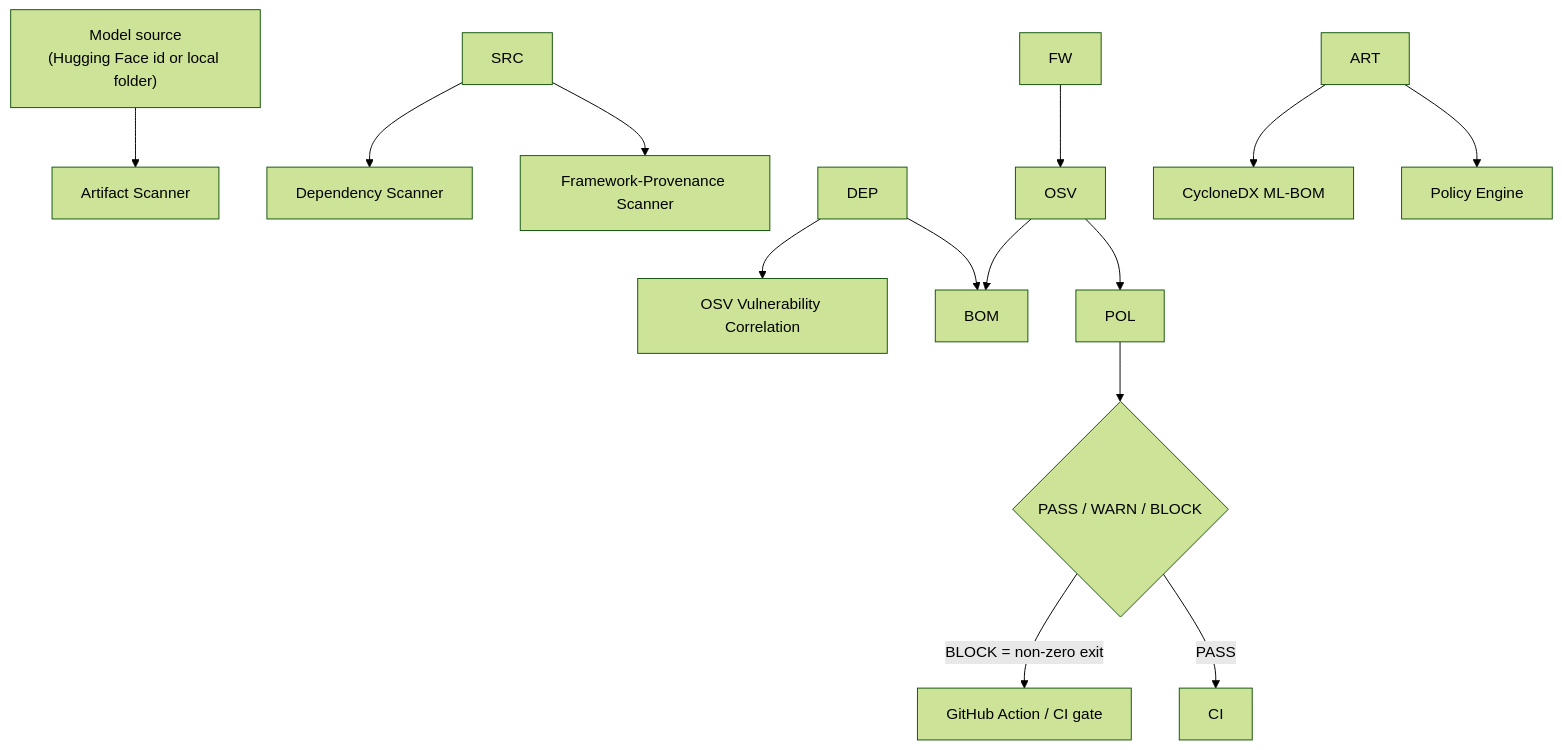
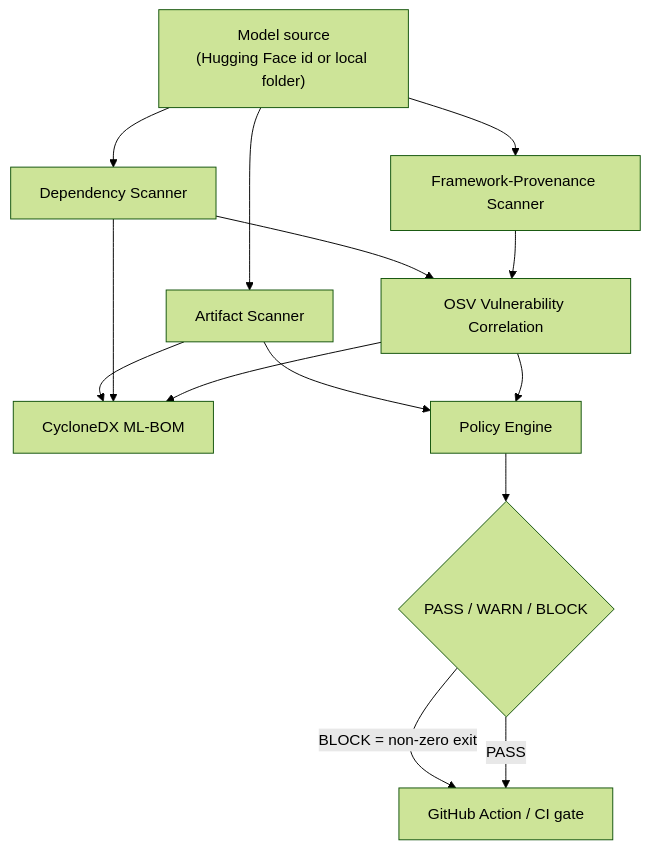
One commit to Arjun7114/ai-model-ingestion-gate changed the second of 3 diagrams in README.md. Above: the diagram before and after it, drawn with Mermaid (forest theme). The commit also changed other lines of this file, not shown here.

Commit message:
Fix README formatting; add framework provenance, cloud scanner, and all screenshots

````diff
--- a/README.md
+++ b/README.md
@@ -50,16 +50,16 @@
 ```mermaid
 flowchart TD
-    SRC\["Model source<br/>(Hugging Face id or local folder)"] --> ART\[Artifact Scanner]
-    SRC --> DEP\[Dependency Scanner]
-    SRC --> FW\[Framework-Provenance Scanner]
-    DEP --> OSV\[OSV Vulnerability Correlation]
+    SRC["Model source<br/>(Hugging Face id or local folder)"] --> ART[Artifact Scanner]
+    SRC --> DEP[Dependency Scanner]
+    SRC --> FW[Framework-Provenance Scanner]
+    DEP --> OSV[OSV Vulnerability Correlation]
     FW --> OSV
-    ART --> BOM\[CycloneDX ML-BOM]
+    ART --> BOM[CycloneDX ML-BOM]
     DEP --> BOM
     OSV --> BOM
-    ART --> POL\[Policy Engine]
+    ART --> POL[Policy Engine]
     OSV --> POL
     POL --> VERDICT{PASS / WARN / BLOCK}
-    VERDICT -->|BLOCK = non-zero exit| CI\[GitHub Action / CI gate]
+    VERDICT -->|BLOCK = non-zero exit| CI[GitHub Action / CI gate]
     VERDICT -->|PASS| CI
 ```
````
